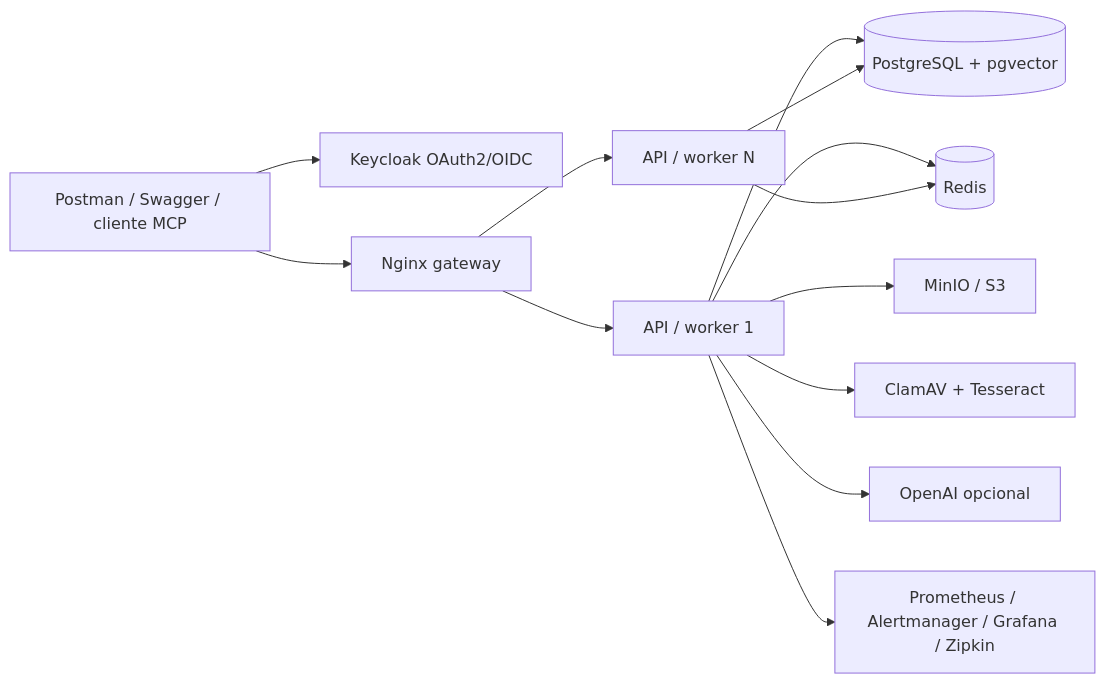
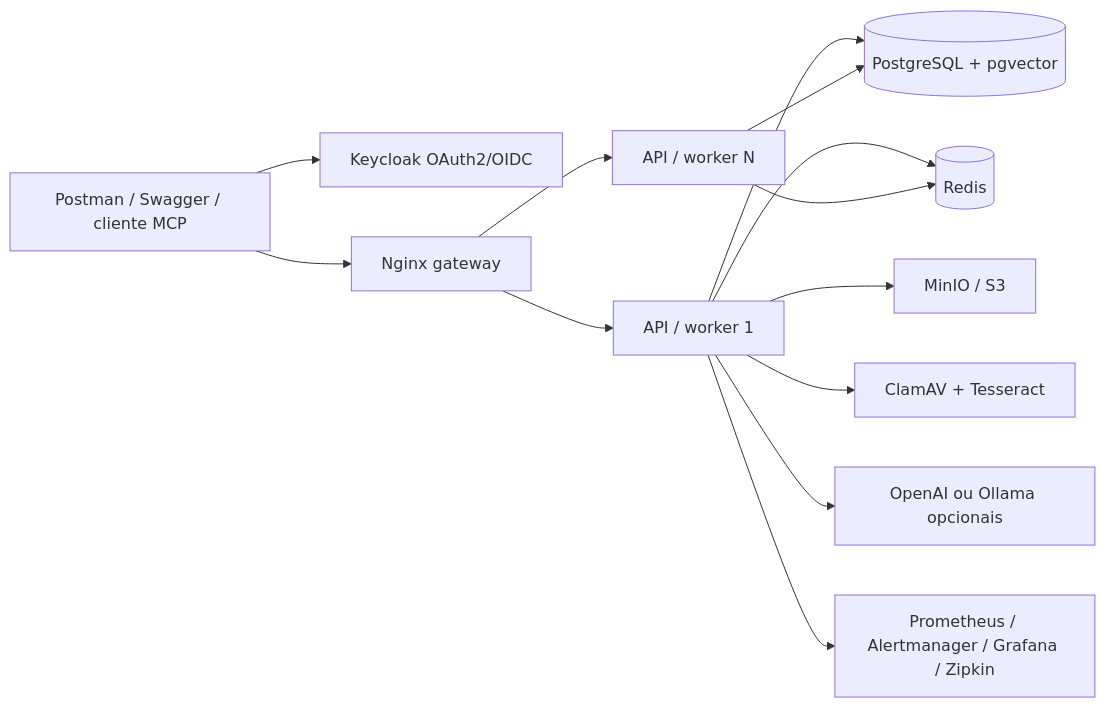
Before and after one commit to Mateusmith/assistente-conhecimento: the diagram in README.md, drawn with Mermaid. The commit also changed other lines of this file and 61 other files, not shown here.

````diff
--- a/README.md
+++ b/README.md
@@ -39,15 +40,15 @@
 ```mermaid
 flowchart LR
     U["Postman / Swagger / cliente MCP"] --> K["Keycloak OAuth2/OIDC"]
     U --> N["Nginx gateway"]
     N --> A1["API / worker 1"]
     N --> A2["API / worker N"]
     A1 --> P[("PostgreSQL + pgvector")]
     A2 --> P
     A1 --> R[("Redis")]
     A2 --> R
     A1 --> M["MinIO / S3"]
     A1 --> C["ClamAV + Tesseract"]
-    A1 --> I["OpenAI opcional"]
+    A1 --> I["OpenAI ou Ollama opcionais"]
     A1 --> O["Prometheus / Alertmanager / Grafana / Zipkin"]
 ```
````
